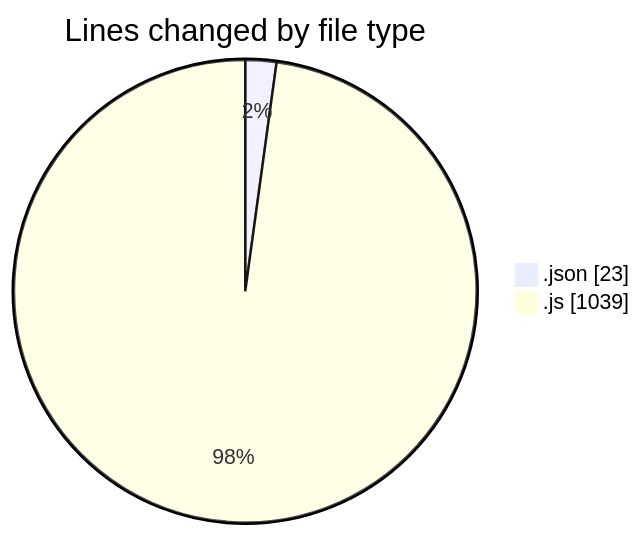
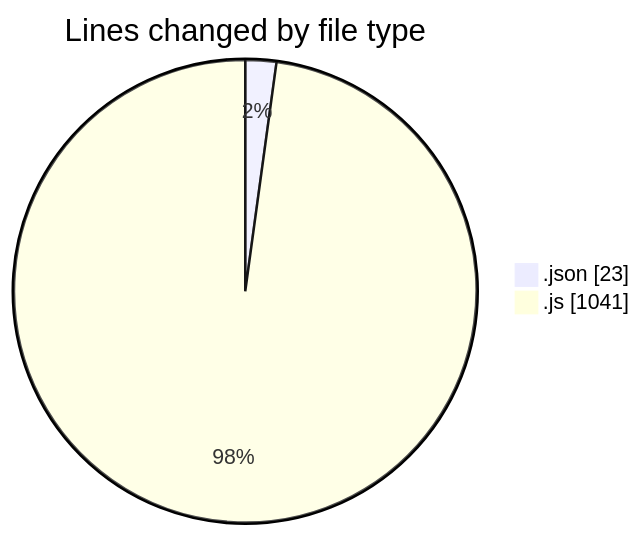
Before and after one commit to BS-eng2023/code-tracking: the first of 2 diagrams in 2025-04-01/jsvms/README.md, drawn with Mermaid. The commit also changed other lines of this file and 1 other file, not shown here.

````diff
--- a/2025-04-01/jsvms/README.md
+++ b/2025-04-01/jsvms/README.md
@@ -36,6 +36,6 @@
 ```mermaid
 pie showData
 title Lines changed by file type
 ".json" : 23
-".js" : 1039
+".js" : 1041
 ```
````
